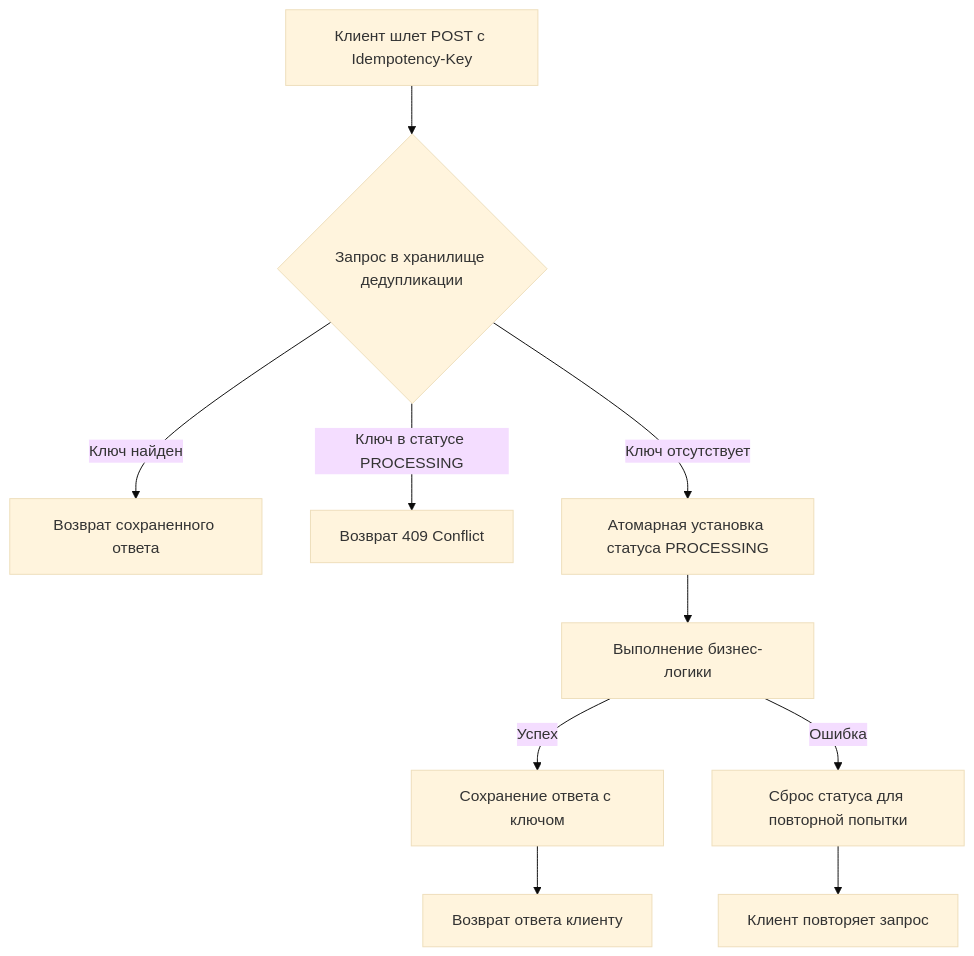
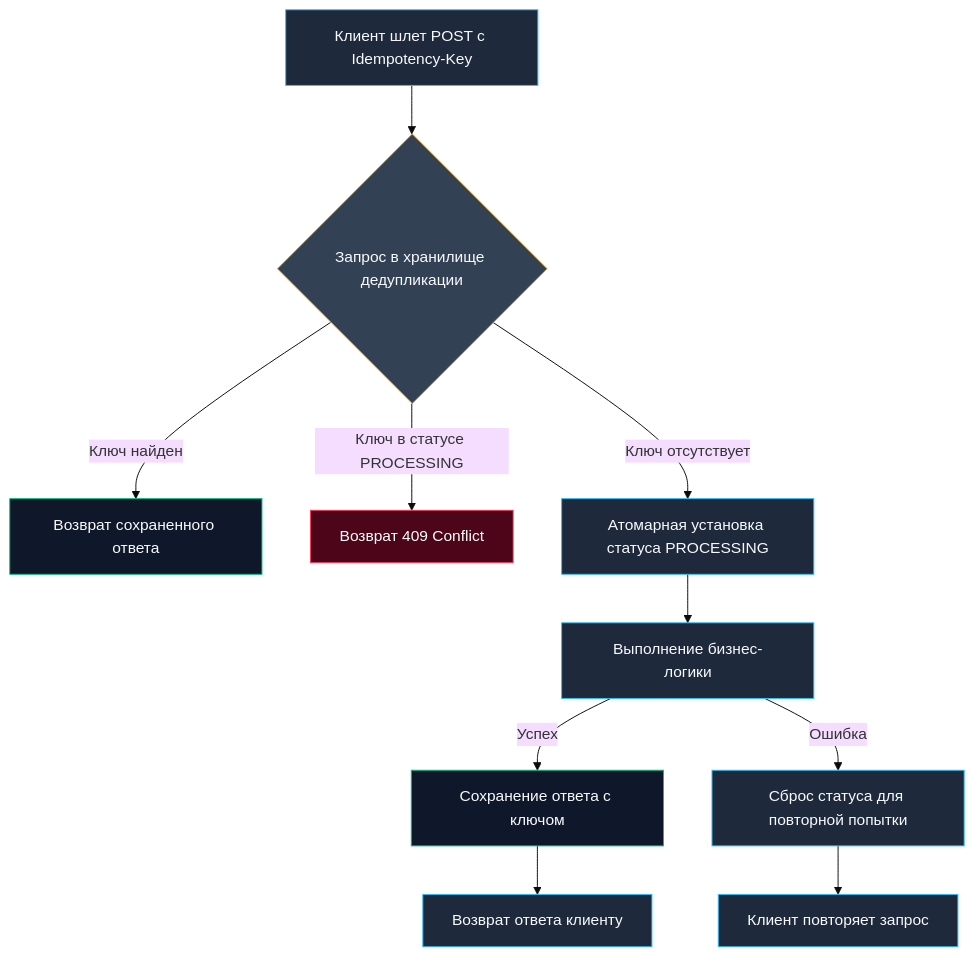
One commit to UnrealTemplier/go-textbook changed the diagram in sources/9. Бэкенд на Go (Практика разработки)/28. Idempotency.md. Above: the diagram before and after it, drawn with Mermaid (base theme). The commit also changed other lines of this file, not shown here.

````diff
--- a/sources/9. Бэкенд на Go (Практика разработки)/28. Idempotency.md
+++ b/sources/9. Бэкенд на Go (Практика разработки)/28. Idempotency.md
@@ -17,12 +21,21 @@
 ```mermaid
 flowchart TD
     A["Клиент шлет POST с Idempotency-Key"] --> B{"Запрос в хранилище дедупликации"}
     B -->|Ключ найден| C["Возврат сохраненного ответа"]
     B -->|Ключ в статусе PROCESSING| D["Возврат 409 Conflict"]
     B -->|Ключ отсутствует| E["Атомарная установка статуса PROCESSING"]
     E --> F["Выполнение бизнес-логики"]
     F -->|Успех| G["Сохранение ответа с ключом"]
     F -->|Ошибка| H["Сброс статуса для повторной попытки"]
     G --> I["Возврат ответа клиенту"]
     H --> J["Клиент повторяет запрос"]
+
+    classDef normal fill:#1e293b,stroke:#38bdf8,color:#f8fafc;
+    classDef decision fill:#334155,stroke:#f59e0b,color:#f8fafc;
+    classDef success fill:#0f172a,stroke:#10b981,color:#f8fafc;
+    classDef conflict fill:#4c0519,stroke:#f43f5e,color:#ffffff;
+    class A,E,F,G,H,I,J normal;
+    class B decision;
+    class C,G success;
+    class D conflict;
 ```
````
